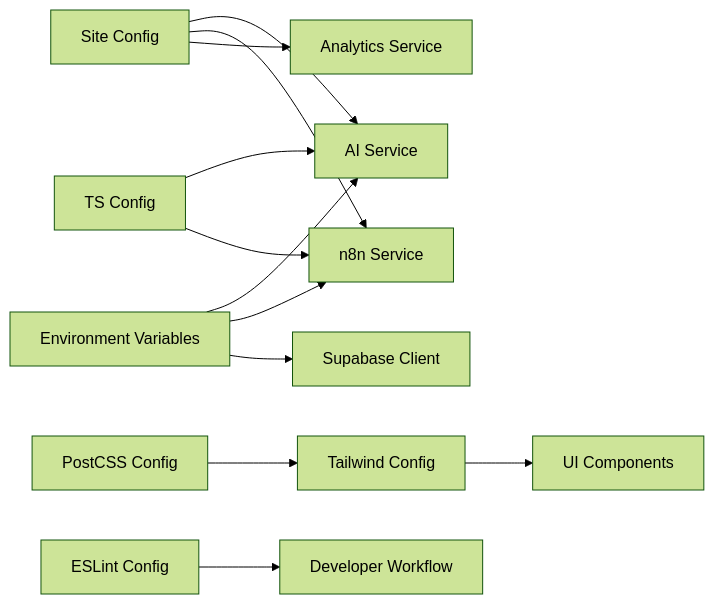
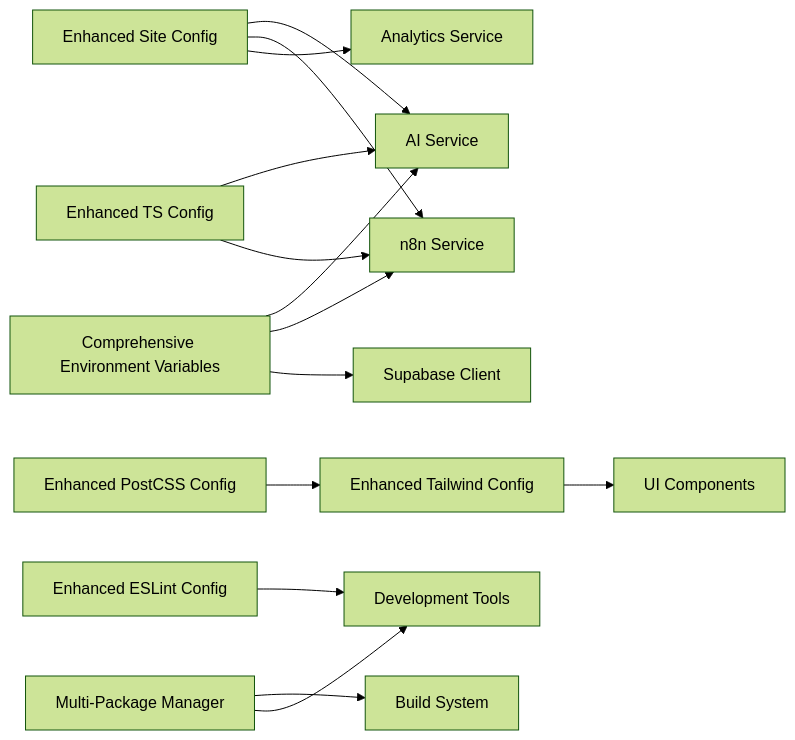
Before and after one commit to cacamarica/dashboard-ai: the seventh of 7 diagrams in .qoder/repowiki/en/content/Configuration and Environment.md, drawn with Mermaid (forest theme). The commit also changed other lines of this file and 14 other files, not shown here.

````diff
--- a/.qoder/repowiki/en/content/Configuration and Environment.md
+++ b/.qoder/repowiki/en/content/Configuration and Environment.md
@@ -289,14 +346,16 @@
 ```mermaid
 graph LR
-SC["Site Config"] --> AS["AI Service"]
+SC["Enhanced Site Config"] --> AS["AI Service"]
 SC --> NS["n8n Service"]
 SC --> AN["Analytics Service"]
-ENV["Environment Variables"] --> AS
+ENV["Comprehensive Environment Variables"] --> AS
 ENV --> NS
 ENV --> SS["Supabase Client"]
-TC["TS Config"] --> AS
+TC["Enhanced TS Config"] --> AS
 TC --> NS
-TW["Tailwind Config"] --> UI["UI Components"]
-PC["PostCSS Config"] --> TW
-EC["ESLint Config"] --> Dev["Developer Workflow"]
+TW["Enhanced Tailwind Config"] --> UI["UI Components"]
+PC["Enhanced PostCSS Config"] --> TW
+EC["Enhanced ESLint Config"] --> Dev["Developer Workflow"]
+PM["Multi-Package Manager"] --> Build["Build System"]
+PM --> Dev["Development Tools"]
 ```
````
